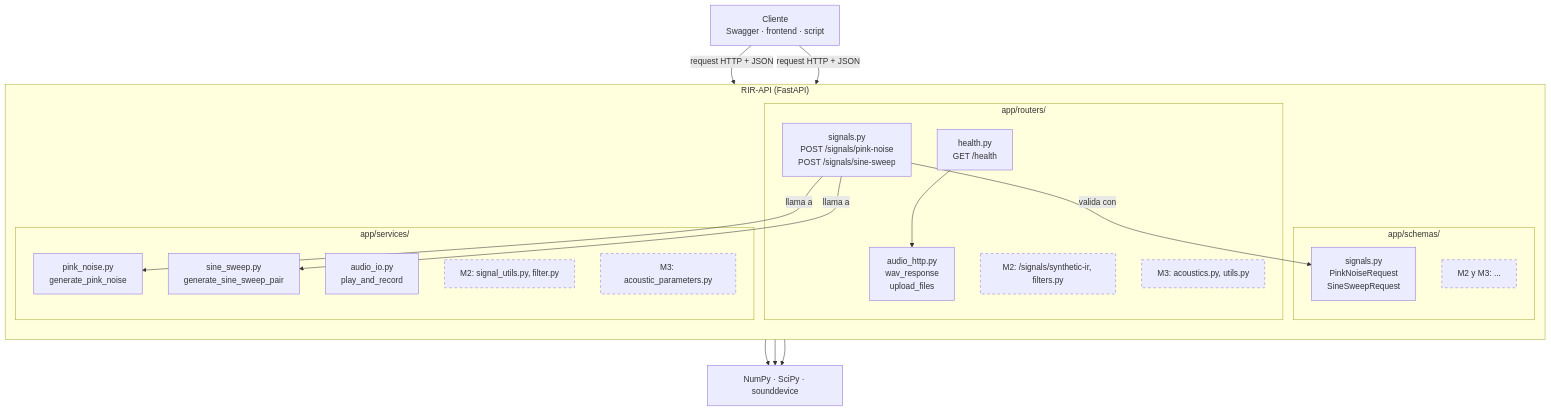
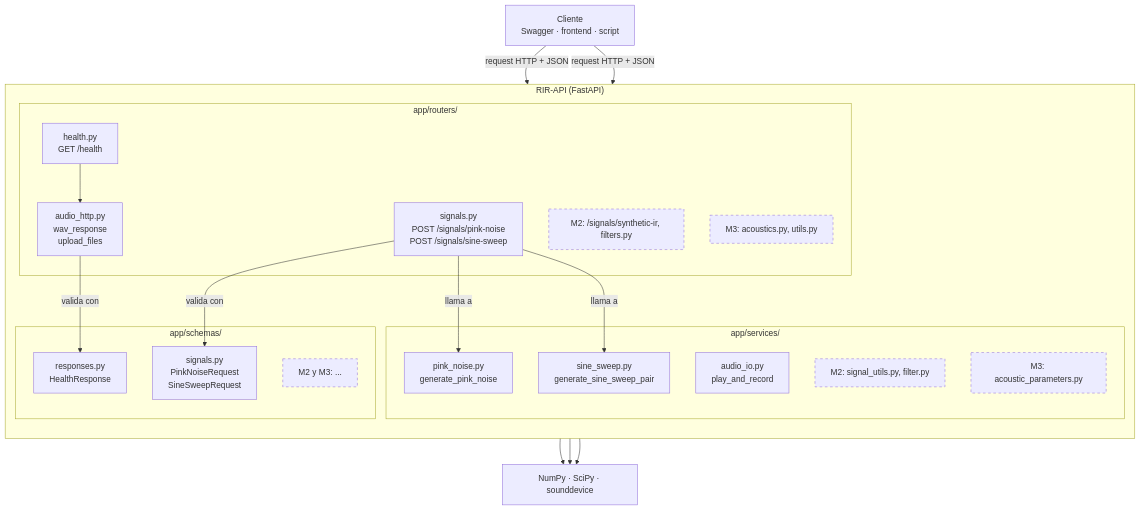
One commit to alejo1129/rir-api changed the first of 2 diagrams in README.md. Above: the diagram before and after it, drawn with Mermaid.

````diff
--- a/README.md
+++ b/README.md
@@ -70,37 +70,39 @@
 ```mermaid
 flowchart TB
     C["Cliente<br/>Swagger · frontend · script"]
     subgraph API["RIR-API (FastAPI)"]
         direction TB
         subgraph R["app/routers/"]
             RH["health.py<br/>GET /health"]
             RAH["audio_http.py<br/>wav_response<br/>upload_files"]
             RS["signals.py<br/>POST /signals/pink-noise<br/>POST /signals/sine-sweep"]
             RM2["M2: /signals/synthetic-ir, filters.py"]
             RM3["M3: acoustics.py, utils.py"]
         end
         subgraph SC["app/schemas/"]
             SS["signals.py<br/>PinkNoiseRequest<br/>SineSweepRequest"]
+            SR["responses.py<br/>HealthResponse"]
             SM["M2 y M3: ..."]
         end
         subgraph SV["app/services/"]
             PN["pink_noise.py<br/>generate_pink_noise"]
             SW["sine_sweep.py<br/>generate_sine_sweep_pair"]
             IO["audio_io.py<br/>play_and_record"]
             VM2["M2: signal_utils.py, filter.py"]
             VM3["M3: acoustic_parameters.py"]
         end
     end
     L["NumPy · SciPy · sounddevice"]
     C -->|"request HTTP + JSON"| RS
     C -->|"request HTTP + JSON"| RH
+    RAH -->|"valida con"| SR
     RS -->|"valida con"| SS
     RS -->|"llama a"| PN
     RS -->|"llama a"| SW
     PN --> L
     SW --> L
     IO --> L
     RH --> RAH
     classDef pendiente stroke-dasharray: 5 5
     class RM2,RM3,SM,VM2,VM3 pendiente
 ```
````
